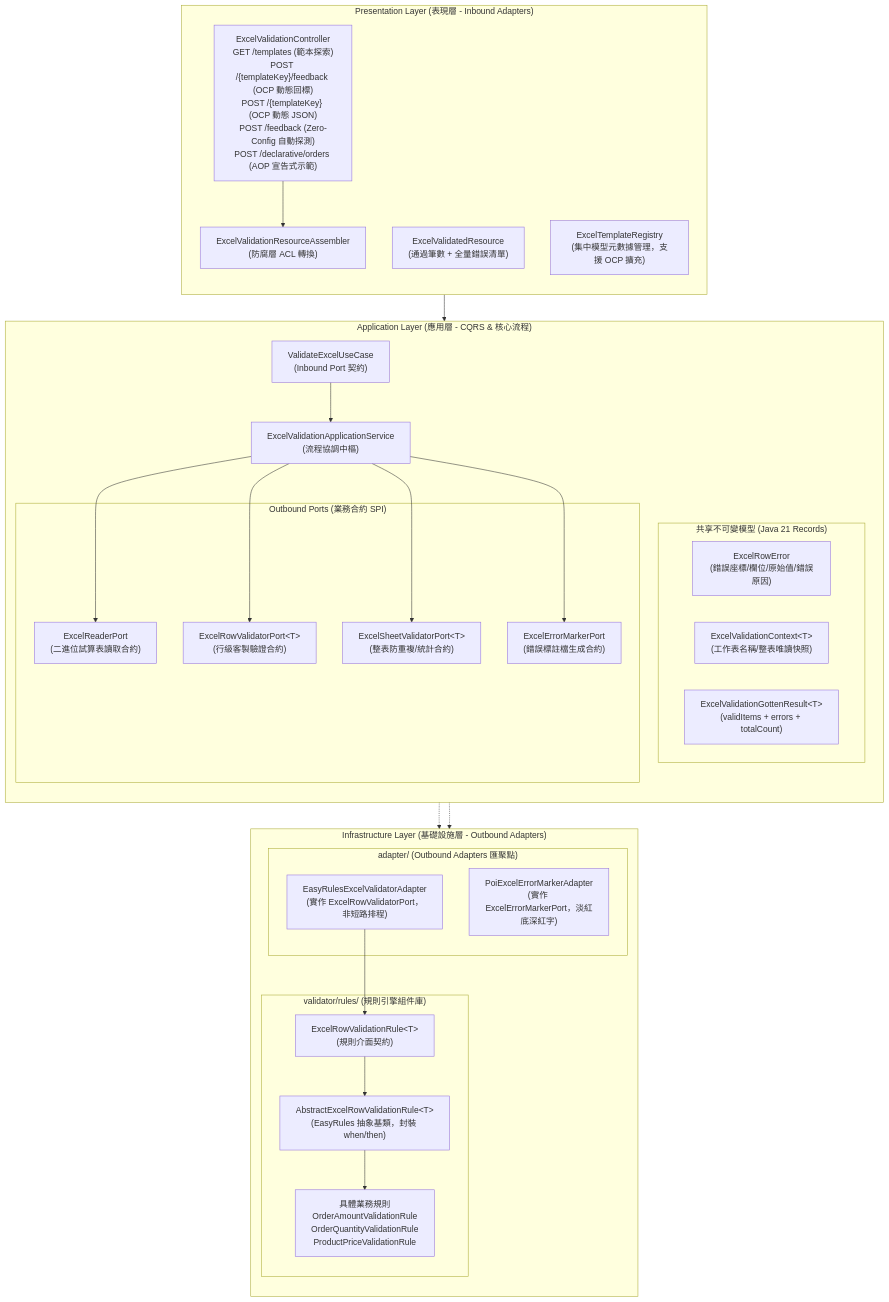
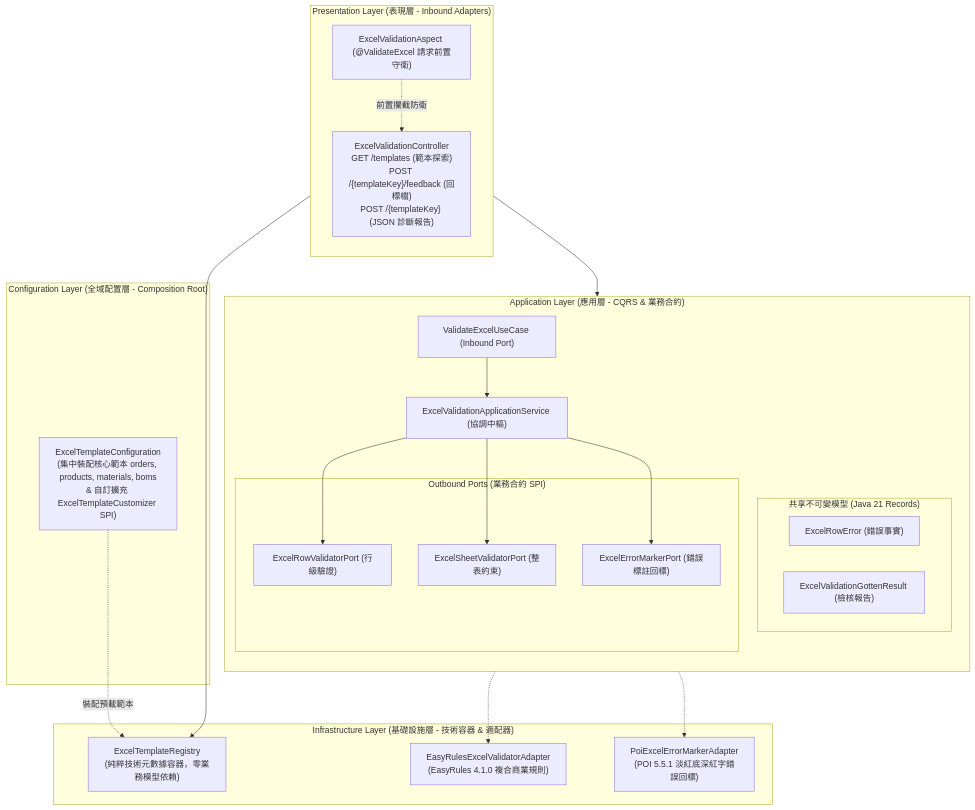
Before and after one commit to nick54785478/excel-module: the first of 2 diagrams in doc/design/custom-validation-and-error-feedback.md, drawn with Mermaid. The commit also changed other lines of this file and 93 other files, not shown here.

First line of the commit message:
feat(report): implement advanced Excel template styles, dynamic formulas, sheet protection and multi-level BOM cost analysis API

````diff
--- a/doc/design/custom-validation-and-error-feedback.md
+++ b/doc/design/custom-validation-and-error-feedback.md
@@ -52,57 +19,46 @@
 ```mermaid
 flowchart TD
+    subgraph Configuration_Layer ["Configuration Layer (全域配置層 - Composition Root)"]
+        TemplateConfig["ExcelTemplateConfiguration<br/>(集中裝配核心範本 orders, products, materials, boms<br/>& 自訂擴充 ExcelTemplateCustomizer SPI)"]
+    end
+
     subgraph Presentation_Layer ["Presentation Layer (表現層 - Inbound Adapters)"]
         direction TB
-        Ctrl["ExcelValidationController<br/>GET /templates (範本探索)<br/>POST /{templateKey}/feedback (OCP 動態回標)<br/>POST /{templateKey} (OCP 動態 JSON)<br/>POST /feedback (Zero-Config 自動探測)<br/>POST /declarative/orders (AOP 宣告式示範)"]
-        ResOut["ExcelValidatedResource<br/>(通過筆數 + 全量錯誤清單)"]
-        PresAssembler["ExcelValidationResourceAssembler<br/>(防腐層 ACL 轉換)"]
-        Registry["ExcelTemplateRegistry<br/>(集中模型元數據管理，支援 OCP 擴充)"]
+        Ctrl["ExcelValidationController<br/>GET /templates (範本探索)<br/>POST /{templateKey}/feedback (回標檔)<br/>POST /{templateKey} (JSON 診斷報告)"]
+        Aspect["ExcelValidationAspect (@ValidateExcel 請求前置守衛)"]
     end
 
-    subgraph Application_Layer ["Application Layer (應用層 - CQRS & 核心流程)"]
+    subgraph Application_Layer ["Application Layer (應用層 - CQRS & 業務合約)"]
         direction TB
-        InPort["ValidateExcelUseCase<br/>(Inbound Port 契約)"]
-        AppService["ExcelValidationApplicationService<br/>(流程協調中樞)"]
+        InPort["ValidateExcelUseCase (Inbound Port)"]
+        AppService["ExcelValidationApplicationService (協調中樞)"]
         
         subgraph Contracts ["共享不可變模型 (Java 21 Records)"]
-            RowError["ExcelRowError<br/>(錯誤座標/欄位/原始值/錯誤原因)"]
-            ValContext["ExcelValidationContext&lt;T&gt;<br/>(工作表名稱/整表唯讀快照)"]
-            ValResult["ExcelValidationGottenResult&lt;T&gt;<br/>(validItems + errors + totalCount)"]
+            RowError["ExcelRowError (錯誤事實)"]
+            ValResult["ExcelValidationGottenResult (檢核報告)"]
         end
 
         subgraph Outbound_Ports ["Outbound Ports (業務合約 SPI)"]
-            ReaderPort["ExcelReaderPort<br/>(二進位試算表讀取合約)"]
-            RowValPort["ExcelRowValidatorPort&lt;T&gt;<br/>(行級客製驗證合約)"]
-            SheetValPort["ExcelSheetValidatorPort&lt;T&gt;<br/>(整表防重複/統計合約)"]
-            MarkerPort["ExcelErrorMarkerPort<br/>(錯誤標註檔生成合約)"]
+            RowValPort["ExcelRowValidatorPort (行級驗證)"]
+            SheetValPort["ExcelSheetValidatorPort (整表約束)"]
+            MarkerPort["ExcelErrorMarkerPort (錯誤標註回標)"]
         end
     end
 
-    subgraph Infrastructure_Layer ["Infrastructure Layer (基礎設施層 - Outbound Adapters)"]
-        direction TB
-        subgraph Outbound_Adapters ["adapter/ (Outbound Adapters 匯聚點)"]
-            EasyRulesAdapter["EasyRulesExcelValidatorAdapter<br/>(實作 ExcelRowValidatorPort，非短路排程)"]
-            PoiFeedback["PoiExcelErrorMarkerAdapter<br/>(實作 ExcelErrorMarkerPort，淡紅底深紅字)"]
-        end
-        
-        subgraph Rules_Subsystem ["validator/rules/ (規則引擎組件庫)"]
-            RuleContract["ExcelRowValidationRule&lt;T&gt;<br/>(規則介面契約)"]
-            BaseRule["AbstractExcelRowValidationRule&lt;T&gt;<br/>(EasyRules 抽象基類，封裝 when/then)"]
-            ConcreteRules["具體業務規則<br/>OrderAmountValidationRule<br/>OrderQuantityValidationRule<br/>ProductPriceValidationRule"]
-        end
+    subgraph Infrastructure_Layer ["Infrastructure Layer (基礎設施層 - 技術容器 & 適配器)"]
+        Registry["ExcelTemplateRegistry<br/>(純粹技術元數據容器，零業務模型依賴)"]
+        EasyRulesAdapter["EasyRulesExcelValidatorAdapter<br/>(EasyRules 4.1.0 複合商業規則)"]
+        PoiFeedback["PoiExcelErrorMarkerAdapter<br/>(POI 5.5.1 淡紅底深紅字錯誤回標)"]
     end
 
-    Ctrl --> PresAssembler
-    PresAssembler --> InPort
+    TemplateConfig -. 裝配預載範本 .-> Registry
+    Ctrl --> Registry
+    Ctrl --> InPort
+    Aspect -. 前置攔截防衛 .-> Ctrl
     InPort --> AppService
-    AppService --> ReaderPort
     AppService --> RowValPort
     AppService --> SheetValPort
     AppService --> MarkerPort
-    
     RowValPort -.-> EasyRulesAdapter
-    EasyRulesAdapter --> RuleContract
-    RuleContract --> BaseRule
-    BaseRule --> ConcreteRules
     MarkerPort -.-> PoiFeedback
 ```
````
